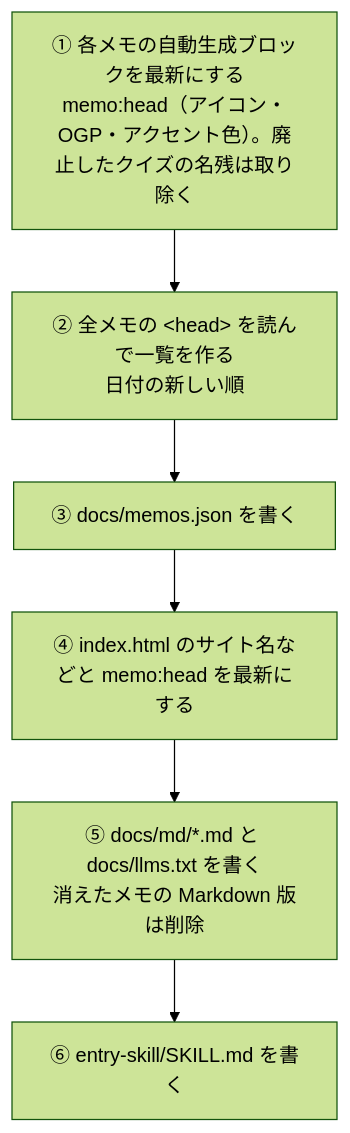
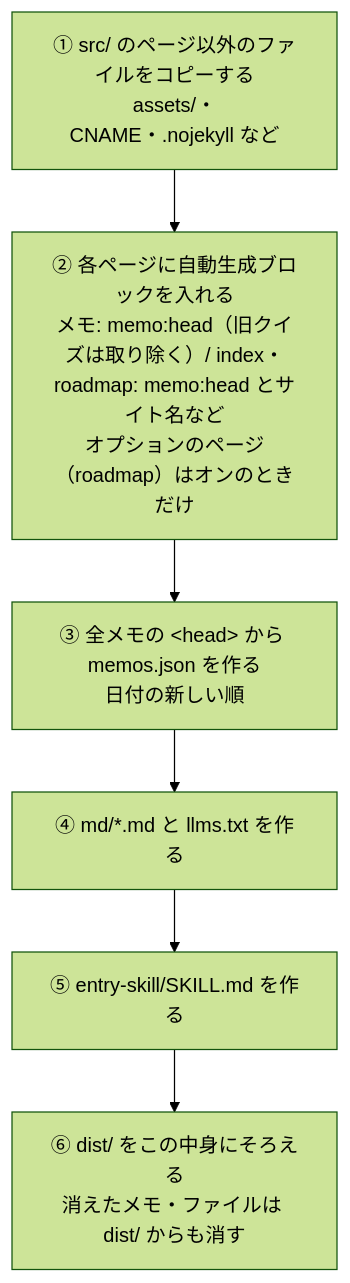
Before and after one commit to taka1156/back-of-the-flyer: the fourth of 8 diagrams in memo-detail.md, drawn with Mermaid (forest theme). The commit also changed other lines of this file and 41 other files, not shown here.

First line of the commit message:
Build into dist/ like memo-kit; rename docs/ to src/

````diff
--- a/memo-detail.md
+++ b/memo-detail.md
@@ -212,10 +205,10 @@
 ```mermaid
 flowchart TB
-  s1["① 各メモの自動生成ブロックを最新にする<br/>memo:head（アイコン・OGP・アクセント色）。廃止したクイズの名残は取り除く"]
-  s2["② 全メモの &lt;head&gt; を読んで一覧を作る<br/>日付の新しい順"]
-  s3["③ docs/memos.json を書く"]
-  s4["④ index.html のサイト名などと memo:head を最新にする"]
-  s5["⑤ docs/md/*.md と docs/llms.txt を書く<br/>消えたメモの Markdown 版は削除"]
-  s6["⑥ entry-skill/SKILL.md を書く"]
+  s1["① src/ のページ以外のファイルをコピーする<br/>assets/・CNAME・.nojekyll など"]
+  s2["② 各ページに自動生成ブロックを入れる<br/>メモ: memo:head（旧クイズは取り除く）/ index・roadmap: memo:head とサイト名など<br/>オプションのページ（roadmap）はオンのときだけ"]
+  s3["③ 全メモの &lt;head&gt; から memos.json を作る<br/>日付の新しい順"]
+  s4["④ md/*.md と llms.txt を作る"]
+  s5["⑤ entry-skill/SKILL.md を作る"]
+  s6["⑥ dist/ をこの中身にそろえる<br/>消えたメモ・ファイルは dist/ からも消す"]
   s1 --> s2 --> s3 --> s4 --> s5 --> s6
 ```
````
